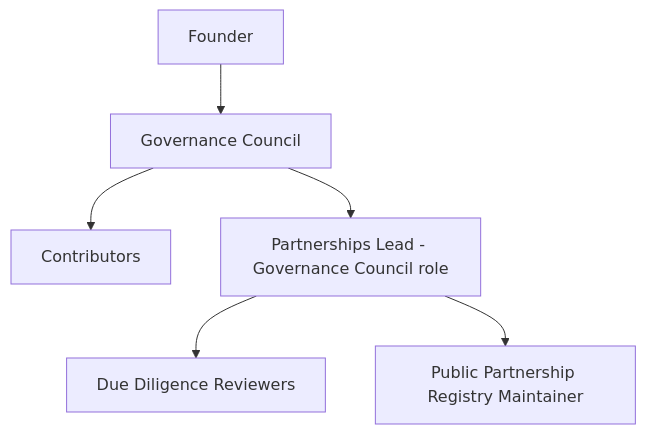
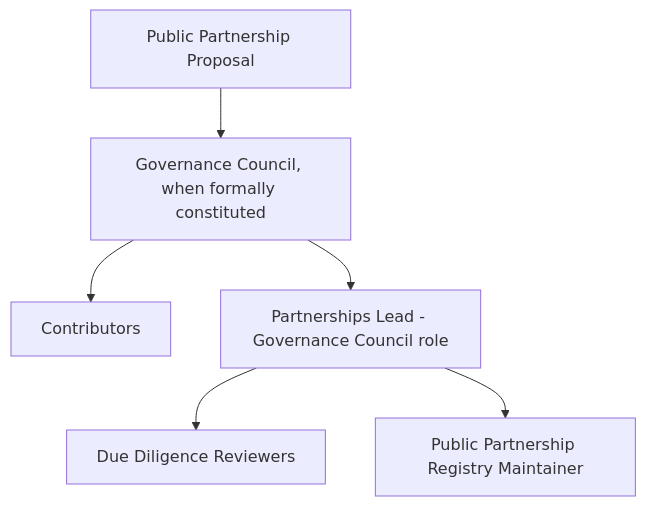
The fourth of 6 diagrams in PARTNERSHIPS.md (Celo-HaiTi/CeloHT), drawn with Mermaid before and after one commit. The commit also changed other lines of this file and 13 other files, not shown here.

Commit message:
docs: synchronize founder and community governance

````diff
--- a/PARTNERSHIPS.md
+++ b/PARTNERSHIPS.md
@@ -370,8 +370,8 @@
 ```mermaid
 flowchart TD
-    FD[Founder] --> MC[Governance Council]
+    PP[Public Partnership Proposal] --> MC[Governance Council, when formally constituted]
     MC --> CC[Contributors]
     MC --> PL[Partnerships Lead - Governance Council role]
     PL --> DD[Due Diligence Reviewers]
     PL --> REG[Public Partnership Registry Maintainer]
 ```
````
